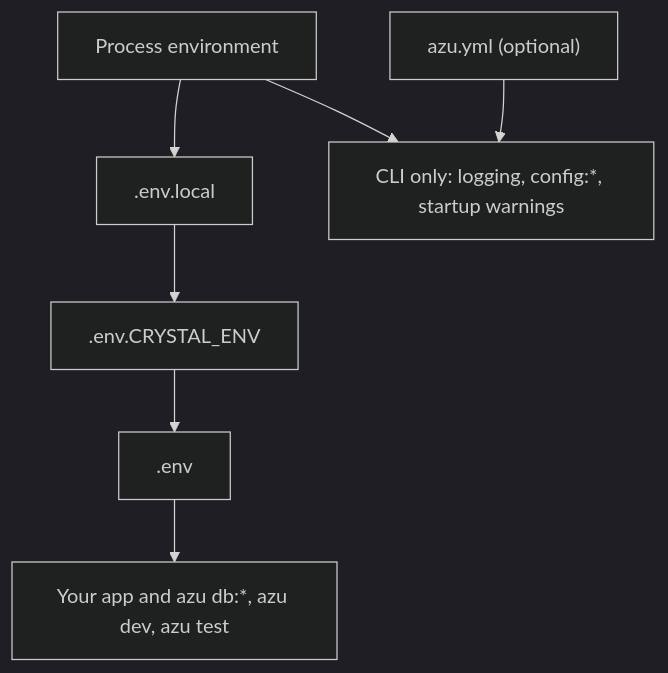
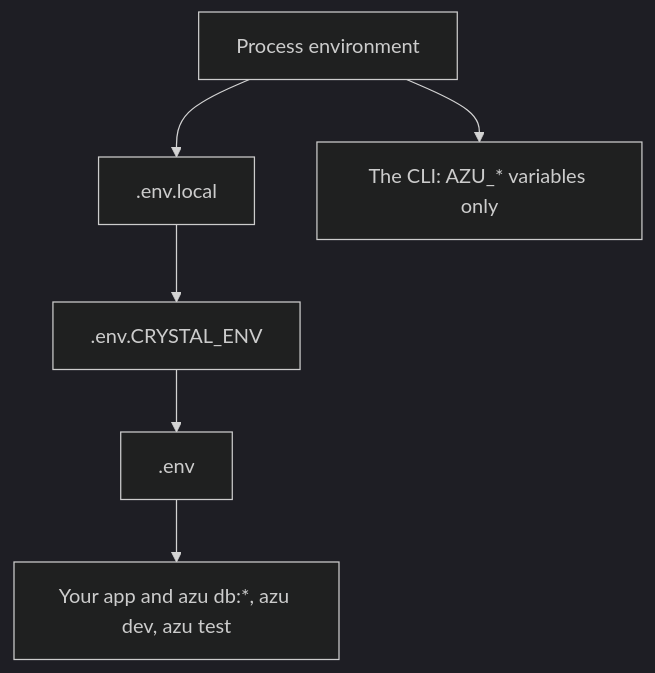
Before and after one commit to azutoolkit/azu_cli: the diagram in docs/advanced/configuration.md, drawn with Mermaid (dark theme). The commit also changed other lines of this file and 50 other files, not shown here.

First line of the commit message:
Remove azu.yml, add `azu config` for the app's configuration, fix three generator bugs (#50)

````diff
--- a/docs/advanced/configuration.md
+++ b/docs/advanced/configuration.md
@@ -13,9 +13,8 @@
 ```mermaid
 flowchart TD
   P["Process environment"] --> L[".env.local"]
   L --> E[".env.CRYSTAL_ENV"]
   E --> D[".env"]
   D --> APP["Your app and azu db:*, azu dev, azu test"]
-  Y["azu.yml (optional)"] --> CLI["CLI only: logging, config:*, startup warnings"]
-  P --> CLI
+  P --> CLI["The CLI: AZU_* variables only"]
 ```
````
